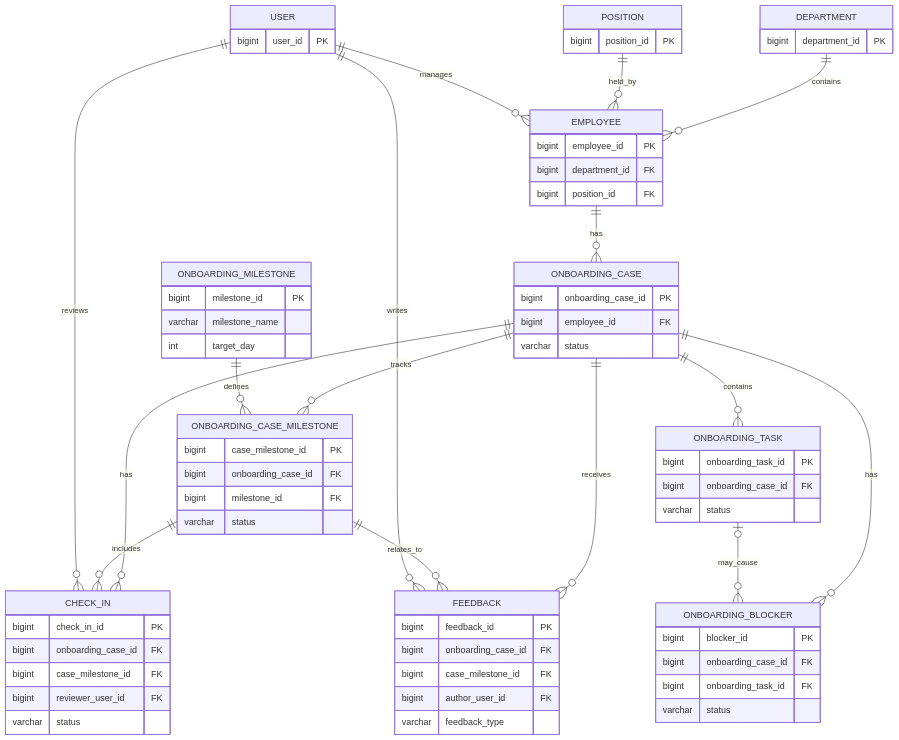
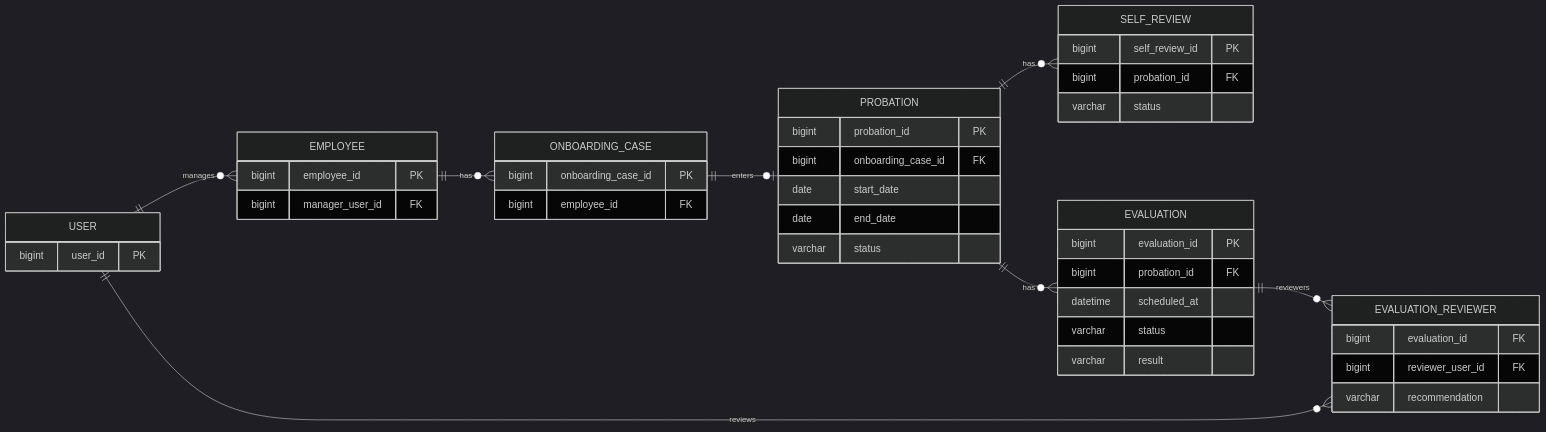
The seventh of 7 diagrams in docs/README.md (Huy1801214/HR), drawn with Mermaid before and after one commit. The commit also changed other lines of this file, not shown here.

Commit message:
dd HR platform onboarding documentation and entity relationship diagrams

````diff
--- a/docs/README.md
+++ b/docs/README.md
@@ -464,13 +431,19 @@
 ```mermaid
+%%{init: {
+  "theme": "dark",
+  "themeVariables": {
+    "fontSize": "18px"
+  },
+  "er": {
+    "diagramPadding": 40,
+    "entityPadding": 20,
+    "minEntityWidth": 220,
+    "minEntityHeight": 80
+  }
+}}%%
+
 erDiagram
-
-    DEPARTMENT {
-        bigint department_id PK
-    }
-
-    POSITION {
-        bigint position_id PK
-    }
+    direction LR
 
     USER {
         bigint user_id PK
@@ -478,71 +451,54 @@
 
     EMPLOYEE {
         bigint employee_id PK
-        bigint department_id FK
-        bigint position_id FK
+        bigint manager_user_id FK
     }
 
     ONBOARDING_CASE {
         bigint onboarding_case_id PK
         bigint employee_id FK
+    }
+
+    PROBATION {
+        bigint probation_id PK
+        bigint onboarding_case_id FK
+        date start_date
+        date end_date
         varchar status
     }
 
-    ONBOARDING_MILESTONE {
-        bigint milestone_id PK
-        varchar milestone_name
-        int target_day
-    }
-
-    ONBOARDING_CASE_MILESTONE {
-        bigint case_milestone_id PK
-        bigint onboarding_case_id FK
-        bigint milestone_id FK
+    SELF_REVIEW {
+        bigint self_review_id PK
+        bigint probation_id FK
         varchar status
     }
 
-    CHECK_IN {
-        bigint check_in_id PK
-        bigint onboarding_case_id FK
-        bigint case_milestone_id FK
-        bigint reviewer_user_id FK
+    EVALUATION {
+        bigint evaluation_id PK
+        bigint probation_id FK
+        datetime scheduled_at
         varchar status
+        varchar result
     }
 
-    FEEDBACK {
-        bigint feedback_id PK
-        bigint onboarding_case_id FK
-        bigint case_milestone_id FK
-        bigint author_user_id FK
-        varchar feedback_type
+    EVALUATION_REVIEWER {
+        bigint evaluation_id FK
+        bigint reviewer_user_id FK
+        varchar recommendation
     }
 
-    ONBOARDING_TASK {
-        bigint onboarding_task_id PK
-        bigint onboarding_case_id FK
-        varchar status
-    }
 
-    ONBOARDING_BLOCKER {
-        bigint blocker_id PK
-        bigint onboarding_case_id FK
-        bigint onboarding_task_id FK
-        varchar status
-    }
+    USER ||--o{ EMPLOYEE : manages
 
-    DEPARTMENT ||--o{ EMPLOYEE : contains
-    POSITION ||--o{ EMPLOYEE : held_by
-    USER ||--o{ EMPLOYEE : manages
     EMPLOYEE ||--o{ ONBOARDING_CASE : has
-    ONBOARDING_CASE ||--o{ ONBOARDING_CASE_MILESTONE : tracks
-    ONBOARDING_MILESTONE ||--o{ ONBOARDING_CASE_MILESTONE : defines
-    ONBOARDING_CASE ||--o{ CHECK_IN : has
-    ONBOARDING_CASE_MILESTONE ||--o{ CHECK_IN : includes
-    USER ||--o{ CHECK_IN : reviews
-    ONBOARDING_CASE ||--o{ FEEDBACK : receives
-    ONBOARDING_CASE_MILESTONE ||--o{ FEEDBACK : relates_to
-    USER ||--o{ FEEDBACK : writes
-    ONBOARDING_CASE ||--o{ ONBOARDING_TASK : contains
-    ONBOARDING_CASE ||--o{ ONBOARDING_BLOCKER : has
-    ONBOARDING_TASK o|--o{ ONBOARDING_BLOCKER : may_cause
+
+    ONBOARDING_CASE ||--o| PROBATION : enters
+
+    PROBATION ||--o{ SELF_REVIEW : has
+
+    PROBATION ||--o{ EVALUATION : has
+
+    EVALUATION ||--o{ EVALUATION_REVIEWER : reviewers
+
+    USER ||--o{ EVALUATION_REVIEWER : reviews
 ```
````
